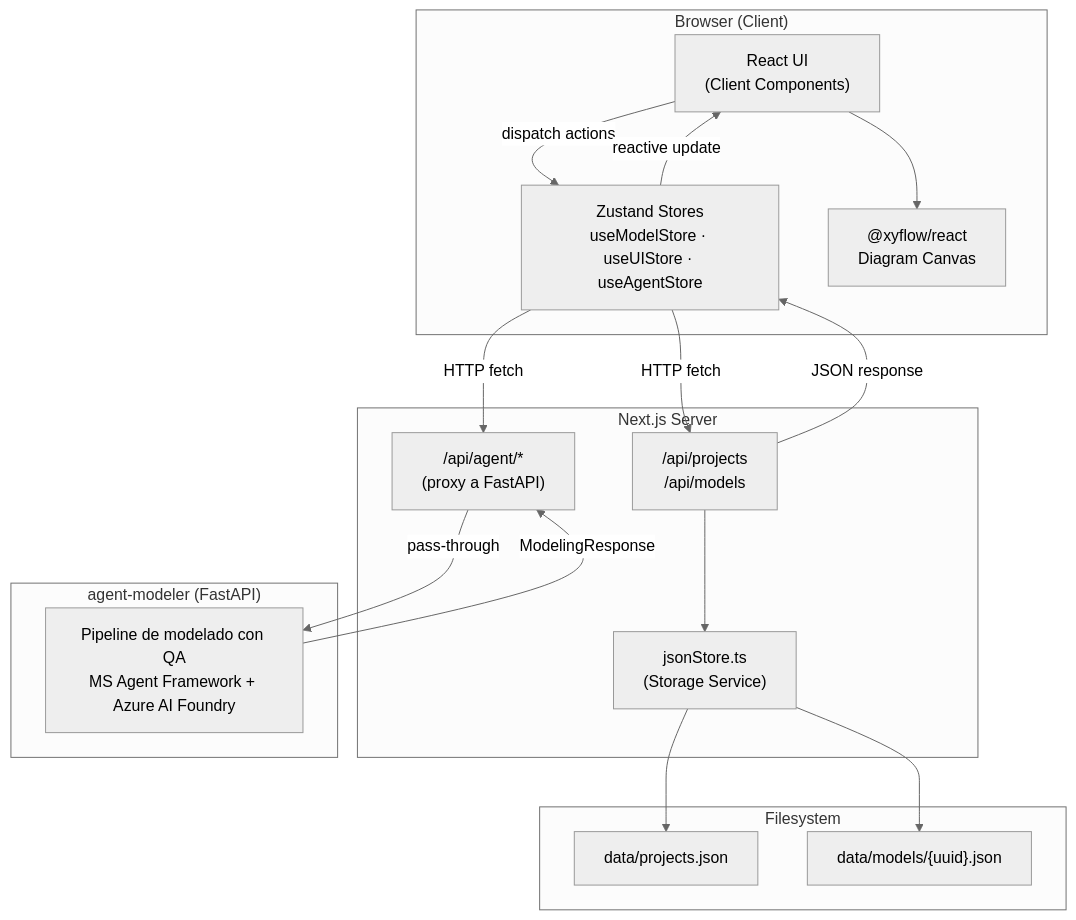
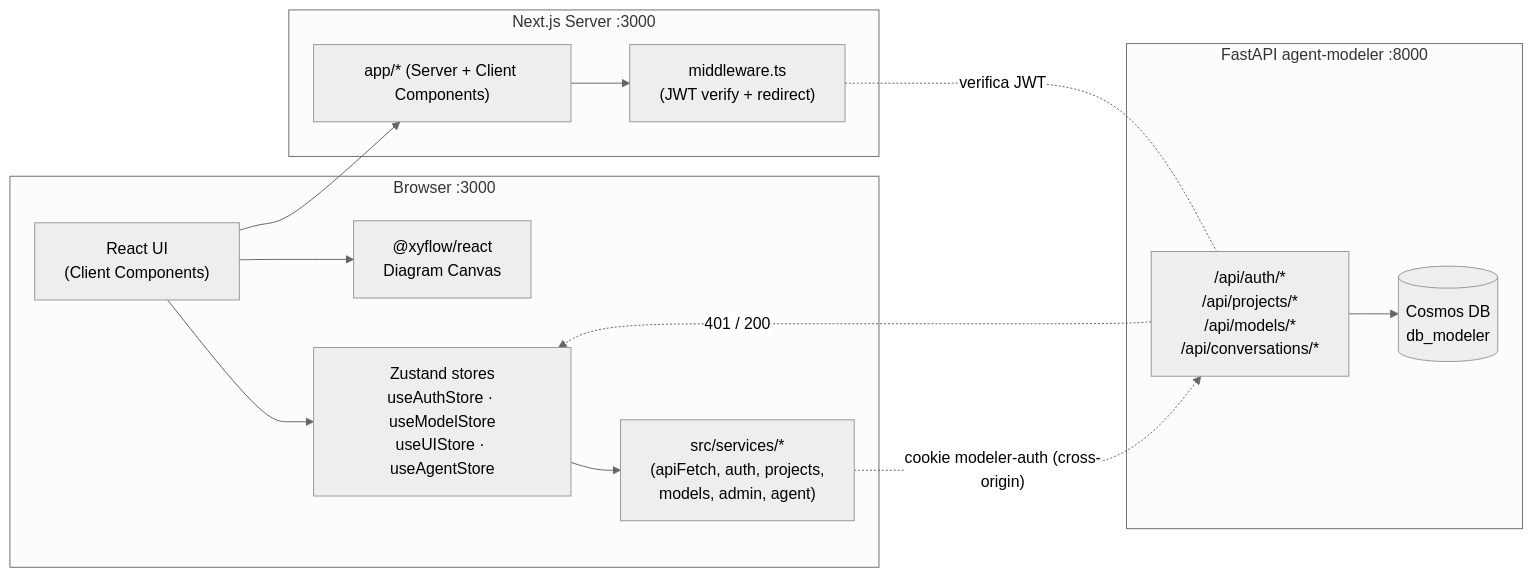
The first of 7 diagrams in doc/architecture.md (Carlosmps97/web-data-model-hub), drawn with Mermaid (neutral theme) before and after one commit. The commit also changed other lines of this file and 5 other files, not shown here.

````diff
--- a/doc/architecture.md
+++ b/doc/architecture.md
@@ -9,35 +24,29 @@
 ```mermaid
-graph TB
-    subgraph Browser["Browser (Client)"]
-        UI["React UI\n(Client Components)"]
-        ZS["Zustand Stores\nuseModelStore · useUIStore · useAgentStore"]
-        RF["@xyflow/react\nDiagram Canvas"]
+flowchart LR
+    subgraph Browser["Browser :3000"]
+        UI["React UI<br/>(Client Components)"]
+        ZS["Zustand stores<br/>useAuthStore · useModelStore<br/>useUIStore · useAgentStore"]
+        RF["@xyflow/react<br/>Diagram Canvas"]
+        SVC["src/services/*<br/>(apiFetch, auth, projects,<br/>models, admin, agent)"]
     end
 
-    subgraph Server["Next.js Server"]
-        API["/api/projects\n/api/models"]
-        Proxy["/api/agent/*\n(proxy a FastAPI)"]
-        JS["jsonStore.ts\n(Storage Service)"]
+    subgraph Server["Next.js Server :3000"]
+        MID["middleware.ts<br/>(JWT verify + redirect)"]
+        PAGES["app/* (Server + Client Components)"]
     end
 
-    subgraph Storage["Filesystem"]
-        PJ["data/projects.json"]
-        MJ["data/models/{uuid}.json"]
+    subgraph Backend["FastAPI agent-modeler :8000"]
+        FAPI["/api/auth/*<br/>/api/projects/*<br/>/api/models/*<br/>/api/conversations/*"]
+        DB[("Cosmos DB<br/>db_modeler")]
+        FAPI --> DB
     end
 
-    subgraph Agent["agent-modeler (FastAPI)"]
-        AGT["Pipeline de modelado con QA\nMS Agent Framework + Azure AI Foundry"]
-    end
-
-    UI -->|"dispatch actions"| ZS
-    ZS -->|"HTTP fetch"| API
-    ZS -->|"HTTP fetch"| Proxy
+    UI --> ZS
+    ZS --> SVC
     UI --> RF
-    API --> JS
-    JS --> PJ
-    JS --> MJ
-    API -->|"JSON response"| ZS
-    Proxy -->|"pass-through"| AGT
-    AGT -->|"ModelingResponse"| Proxy
-    ZS -->|"reactive update"| UI
+    UI --> PAGES
+    SVC -.cookie modeler-auth (cross-origin).-> FAPI
+    PAGES --> MID
+    MID -. verifica JWT .- FAPI
+    FAPI -.401 / 200.-> ZS
 ```
````
